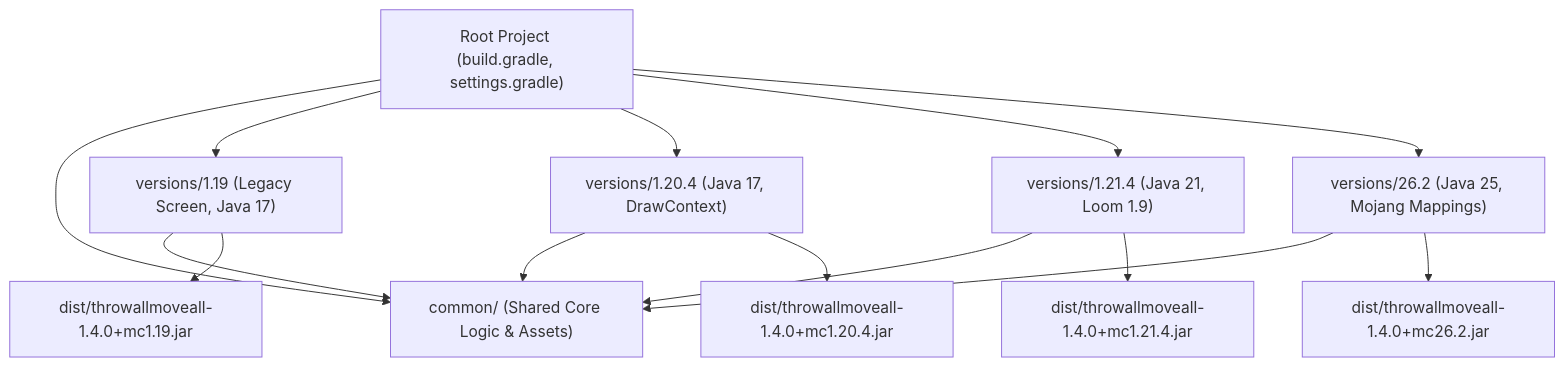
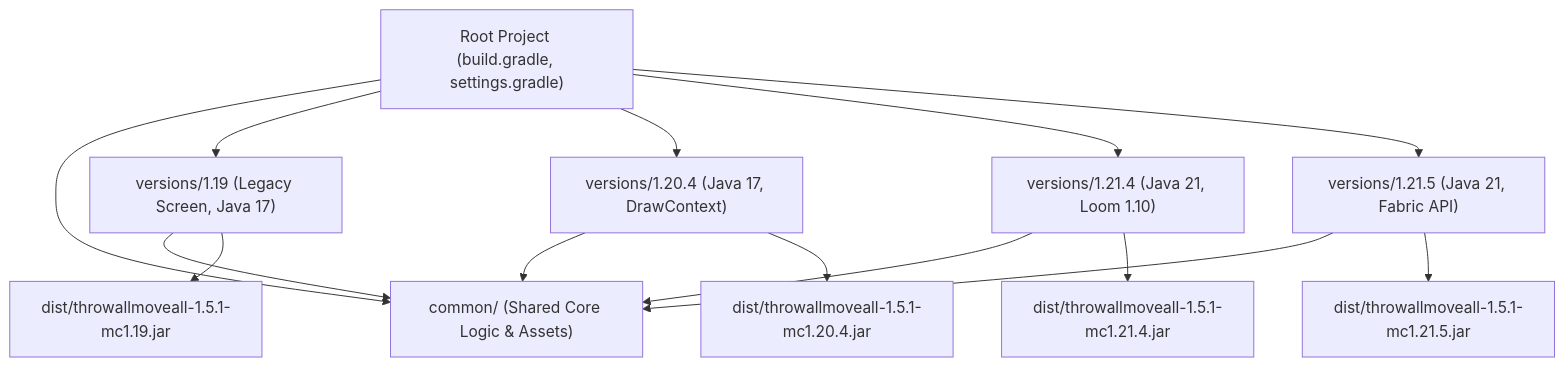
Before and after one commit to CodeingOver/ThrowAllMoveAll: the first of 3 diagrams in docs/architecture.md, drawn with Mermaid. The commit also changed other lines of this file and 1 other file, not shown here.

Commit message:
docs: add architecture documentation and update README instructions

````diff
--- a/docs/architecture.md
+++ b/docs/architecture.md
@@ -95,18 +91,18 @@
 ```mermaid
 graph TD
     Root["Root Project (build.gradle, settings.gradle)"] --> Common["common/ (Shared Core Logic & Assets)"]
     Root --> Sub1["versions/1.19 (Legacy Screen, Java 17)"]
     Root --> Sub2["versions/1.20.4 (Java 17, DrawContext)"]
-    Root --> Sub3["versions/1.21.4 (Java 21, Loom 1.9)"]
-    Root --> Sub4["versions/26.2 (Java 25, Mojang Mappings)"]
+    Root --> Sub3["versions/1.21.4 (Java 21, Loom 1.10)"]
+    Root --> Sub4["versions/1.21.5 (Java 21, Fabric API)"]
     
     Sub1 --> Common
     Sub2 --> Common
     Sub3 --> Common
     Sub4 --> Common
 
-    Sub1 --> Jar1["dist/throwallmoveall-1.4.0+mc1.19.jar"]
-    Sub2 --> Jar2["dist/throwallmoveall-1.4.0+mc1.20.4.jar"]
-    Sub3 --> Jar3["dist/throwallmoveall-1.4.0+mc1.21.4.jar"]
-    Sub4 --> Jar4["dist/throwallmoveall-1.4.0+mc26.2.jar"]
+    Sub1 --> Jar1["dist/throwallmoveall-1.5.1-mc1.19.jar"]
+    Sub2 --> Jar2["dist/throwallmoveall-1.5.1-mc1.20.4.jar"]
+    Sub3 --> Jar3["dist/throwallmoveall-1.5.1-mc1.21.4.jar"]
+    Sub4 --> Jar4["dist/throwallmoveall-1.5.1-mc1.21.5.jar"]
 ```
````
